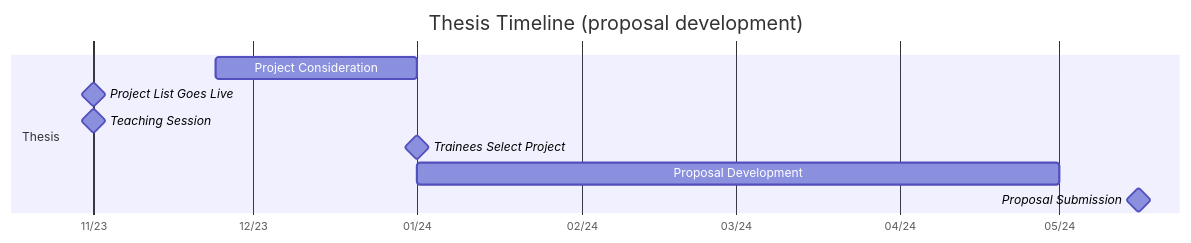
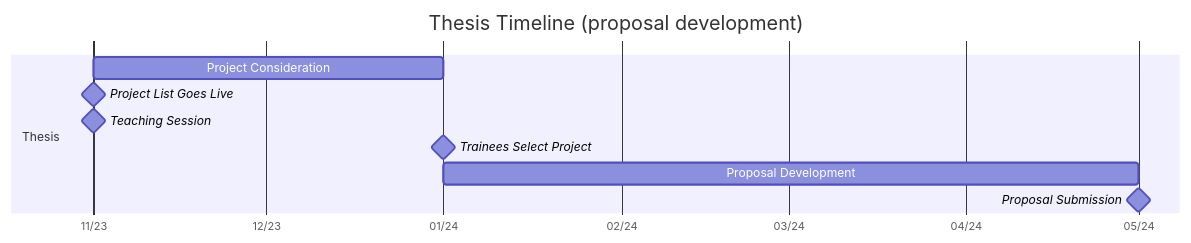
Before and after one commit to christopherjwilson/APRM23: the diagram in docs/slides/induction_thesis.qmd, drawn with Mermaid. The commit also changed other lines of this file and 76 other files, not shown here.

````diff
--- a/docs/slides/induction_thesis.qmd
+++ b/docs/slides/induction_thesis.qmd
@@ -20,14 +59,14 @@
 ```{mermaid}
 gantt
     title Thesis Timeline (proposal development)
     dateFormat  YYYY-MM
     section Thesis
     axisFormat %m/%y
-    Project Consideration : 2023-11-24, 2024-01
+    Project Consideration : 2023-11, 2024-01
     Project List Goes Live :milestone, 2023-11, 0d
     Teaching Session :milestone, 2023-11, 0d
     Trainees Select Project :milestone, 2024-01, 0d
     Proposal Development : 2024-01,2024-05
-    Proposal Submission :milestone, 2024-05-16, 0d
+    Proposal Submission :milestone, 2024-05, 0d
 
 ```
````
